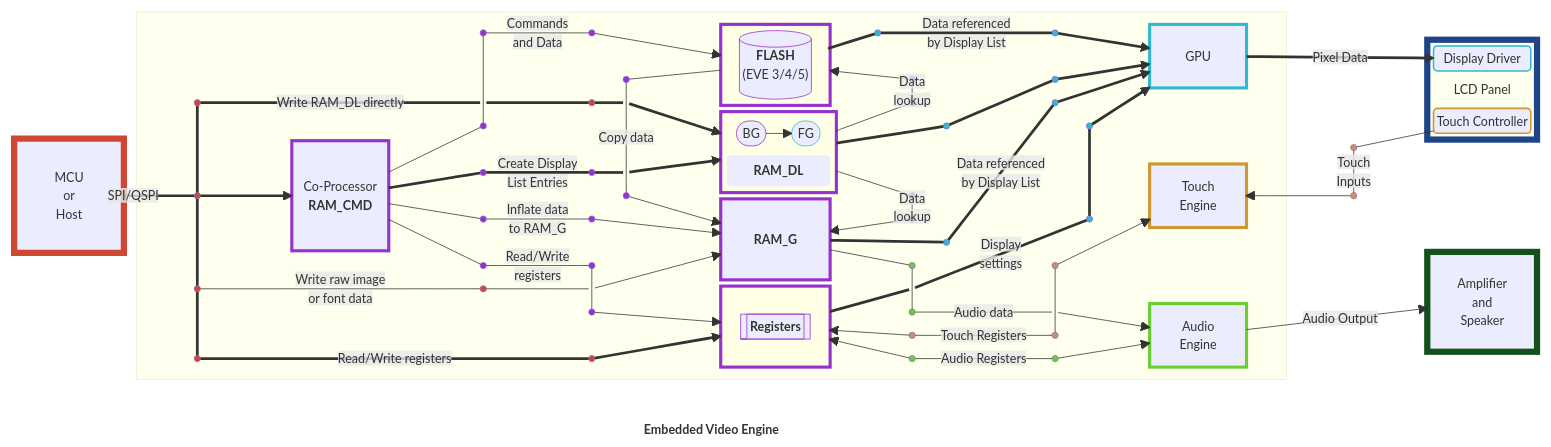
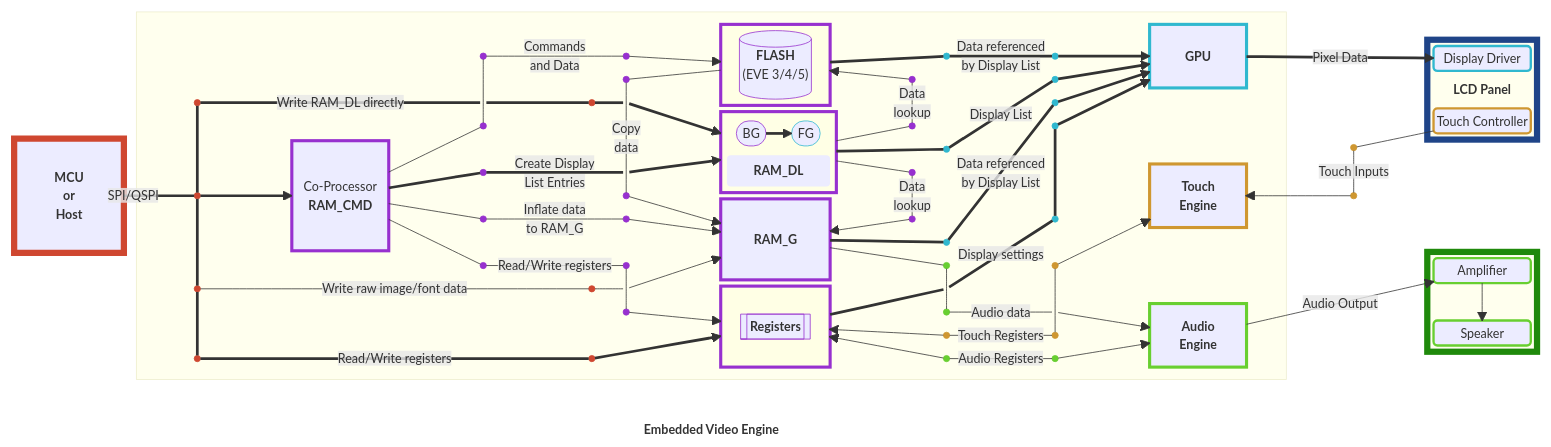
Before and after one commit to Bridgetek/Eve-MCU-Dev: diagram 13 of 14 in README.md, drawn with Mermaid.

Commit message:
update Data Paths Diagram

````diff
--- a/README.md
+++ b/README.md
@@ -867,7 +867,7 @@
     block:HOST_LAYER[" "]:1
         columns 1
         space
-        HOST["MCU<br>or<br>Host"]
+        HOST["<b>MCU<br>or<br>Host</b>"]
         space
     end
     block:EVE["<br><br><br><br><br><br><br><br><br><br><br><br><br><br><br><br><br><br><br><br><br><br><br><br><br><b>Embedded Video Engine "]:9
@@ -883,13 +883,13 @@
         end
         block:CONN2
             columns 1
-            X16((" ")) space:2 X19((" ")) X20((" ")) space X22((" ")) space X24((" ")) space X26((" ")) X27((" ")) space:3
+            space X17((" ")) space X19((" ")) X20((" ")) space X22((" ")) space X24((" ")) space X26((" ")) space:4
         end
         block:CONN3
             columns 3
-            X31((" ")) space:6 X38((" ")) space X40((" ")) X41((" ")) space:4
-            space:3 X49((" ")) X50((" ")) space:2 X53((" ")) space X55((" ")) space:5
-            X61((" ")) space:2 X64((" ")) space:2 X67((" ")) space:5 X73((" ")) space:2
+            space:4 X35((" ")) space:2 X38((" ")) space X40((" ")) X41((" ")) space:4
+            space:4 X50((" ")) space:2 X53((" ")) space:2 X56((" ")) space:4
+            space X62((" ")) space X64((" ")) X65((" ")) space:2 X68((" ")) space:4 X73((" ")) space:2
         end
         block:INTERNALS
             columns 1
@@ -902,33 +902,33 @@
                 BG(["BG"]):1
                 FG(["FG"]):1
                 dltitle("<b>RAM_DL</b>"):2
-                BG ---> FG
+                BG ===> FG
             end
             ram_g["<b>RAM_G</b>"]
             block:registers[" "]
             columns 1
-                reg[["<b>Registers"]]
+                reg[["<b>Registers</b>"]]
             end
         end
         block:CONN4
             columns 3
-            X76((" ")) space:6  X83((" ")) space:2 X86((" ")) space:3 X90((" "))
-            space:7 X98((" ")) space:2 X101((" ")) space:3 X105((" "))
-            space X107((" ")) space:2 X110((" ")) space:2 X113((" ")) space:2 X116((" ")) space:2 X119((" ")) space
+            space:5 X81((" ")) space X83((" ")) space:5 X89((" ")) space
+            space:2 X93((" ")) space X95((" ")) space:5 X101((" ")) space:3 X105((" "))
+            space:2 X108((" ")) space:2 X111((" ")) space:2 X114((" ")) space:2 X117((" ")) space:2 X120((" "))
         end
         block:CONN5
             columns 3
-            space X122((" ")) space:5  X128((" ")) space:2 X131((" ")) space:3 X135((" "))
-            space:11 X147((" ")) space:3
+            space:4 X125((" ")) space:2  X128((" ")) space:2 X131((" ")) space:2 X134((" ")) space
+            space:10 X146((" ")) space:4
             space X152((" ")) space:5 X158((" ")) space:2 X161((" "))space:2 X164((" ")) space
         end
         block:ENGINES
             columns 1
-            gpu["GPU"]
+            gpu["<b>GPU</b>"]
             space
-            touch["Touch<br>Engine"]
+            touch["<b>Touch<br>Engine</b>"]
             space
-            audio["Audio<br>Engine"]
+            audio["<b>Audio<br>Engine</b>"]
         end
     end
     block:CONN6:1
@@ -940,35 +940,39 @@
         block:LCDPANEL[" "]
             columns 1
             lcd("Display Driver")
-            lcdtitle ("LCD Panel")
+            lcdtitle("<b>LCD Panel</b>")
             touchout("Touch Controller")
         end
         space
-        SPEAKER["Amplifier<br>and<br>Speaker"]
+        block:AUDIOCOMPONENTS[" "]
+            columns 1
+            amp("Amplifier")
+            space 
+            speak("Speaker")
+        end
     end
 
 %% copro connections
 %% copro to flash
 coproc --- X20
-X20 --- X16
-X31 ---> flash
-X16-- "Commands<br>and Data" --- X31
+X20 --- X17
+X35 ---> flash
+X17-- "Commands<br>and Data" --- X35
 %% copro to ram_dl
 coproc === X22
 X50 ===> ram_dl
-X50 ===  X49
-X22 <== "Create Display<br>List Entries" === X49
+X22 <== "Create Display<br>List Entries" === X50
 
 %%copro to ram_g
 coproc --- X24
-X55 ---> ram_g
-X24 <-- "Inflate data<br>to RAM_G" --- X55
+X56 ---> ram_g
+X24 <-- "Inflate data<br>to RAM_G" --- X56
 
 %%copro to registers
 coproc --- X26
-X67 ---> registers
-X67 --- X61
-X26 <-- "Read/Write<br>registers" --- X61
+X68 ---> registers
+X68 --- X62
+X26 <-- "Read/Write registers" --- X62
 
 %% host connections
 %% host to COPRO/common
@@ -976,9 +980,9 @@
 X8 ===> coproc
 X8 === X12
 %%host to RAM_CMD
-X27 --- X64
-X64 ---> ram_g
-X12 <-- "Write raw image<br>or font data" --- X27
+X64 --- X65
+X65 ---> ram_g
+X12 <-- "Write raw image/font data" --- X64
 %% host to ram_dl
 X8 === X4
 X19 === X40
@@ -993,52 +997,52 @@
 %% engines connections
 
 %% flash
-%%flash top gpu
-X76 === flash
-X122 ===> gpu
-X76 <=="Data referenced<br>by Display List"=== X122
+%%flash to gpu
+X81 === flash
+X125 ===> gpu
+X81 <=="Data referenced<br>by Display List"=== X125
 %%ram_dl
-ram_dl --- X86
+ram_dl --- X89
 X83 ---> flash
-X86 --"Data<br>lookup"--- X83
+X89 --"Data<br>lookup"--- X83
 %%ram_dl to gpu
-ram_dl === X90
-X90 === X128
+ram_dl === X93
+X93 =="Display List"=== X128
 X128 ===> gpu
 %%ram_dl to ram_g
-ram_dl --- X98
+ram_dl --- X95
 X101 ---> ram_g
-X98 --"Data<br>lookup"--- X101
+X95 --"Data<br>lookup"--- X101
 
 %%ram_g connections
 ram_g === X105
 X105 <=="Data referenced<br>by Display List"===  X131
 X131 ===> gpu
 %%ram_g to audio
-ram_g --- X107
-X107--- X113
-X113 -- "Audio data"--- X158
+ram_g --- X108
+X108--- X114
+X114 -- "Audio data"--- X158
 X158 ---> audio
 
 %% regsiters 
 %% reg to touch
-registers <--- X116
+registers <--- X117
 X161 --- X152
 touch <--- X152
-X116 --"Touch Registers"--- X161
+X117 --"Touch Registers"--- X161
 %%reg to audio
-registers <--- X119
+registers <--- X120
 X164 ---> audio
-X119 --"Audio Registers"--- X164
+X120 --"Audio Registers"--- X164
 %%reg to gpu
-registers === X110
-X110 <=="Display<br>settings"=== X147
-X147 === X135
-X135 ===> gpu
+registers === X111
+X111 <=="Display settings"=== X146
+X146 === X134
+X134 ===> gpu
 
 %%flash to ram_g
 flash --- X38
-X38 --"Copy data"--- X53
+X38 --"Copy<br>data"--- X53
 X53 ---> ram_g
 
 %% output connections
@@ -1048,10 +1052,11 @@
 %% touch to LCD
 touch <--- X166
 X165 --- touchout 
-X166 --"Touch<br>Inputs"--- X165
+X166 --"Touch Inputs"--- X165
 
 %% audio to speaker
-audio --"Audio Output"--> SPEAKER
+audio --"Audio Output"--> amp
+amp ---> speak
 
 %% styling
 %% layers
@@ -1072,15 +1077,17 @@
 style LCDPANEL stroke:#1f4488,stroke-width:8px
 style gpu stroke:#30b8cf,stroke-width:4px
 style touch stroke:#cf9730,stroke-width:4px
-style SPEAKER stroke:#13501c,stroke-width:8px
+style AUDIOCOMPONENTS stroke:#1f890b,stroke-width:8px
 style audio stroke:#68cf30,stroke-width:4px
+style amp stroke:#68cf30,stroke-width:3px
+style speak stroke:#68cf30,stroke-width:3px
 style coproc stroke:#9730cf,stroke-width:4px
 style flash stroke:#9730cf,stroke-width:4px
 style ram_dl stroke:#9730cf,stroke-width:4px
 style ram_g stroke:#9730cf,stroke-width:4px
 style registers stroke:#9730cf,stroke-width:4px
-style touchout stroke:#cf9730,stroke-width:2px
-style lcd stroke:#30b8cf,stroke-width:2px
+style touchout stroke:#cf9730,stroke-width:3px
+style lcd stroke:#30b8cf,stroke-width:3px
 style lcdtitle fill:none, stroke:none
 style dltitle stroke:none
 style BG stroke:#9730cf,stroke-width:1px
@@ -1089,53 +1096,52 @@
 style reg stroke:#9730cf,stroke-width:1px
 
 %%connections
-style X4 fill:#cf4730
-style X8 fill:#cf4730
-style X12 fill:#cf4730
-style X15 fill:#cf4730
-style X16 fill:#9730cf
-style X20 fill:#9730cf
-style X22 fill:#9730cf
-style X24 fill:#9730cf
-style X26 fill:#9730cf
-style X27 fill:#cf4730
-style X31 fill:#9730cf
-style X38 fill:#9730cf
-style X40 fill:#cf4730
-style X49 fill:#9730cf
-style X53 fill:#9730cf
-style X55 fill:#9730cf
-style X61 fill:#9730cf
-style X67 fill:#9730cf
-style X73 fill:#cf4730
-style X76 fill:#30b8cf
-style X83 fill:#9730cf
-style X86 fill:#9730cf
-style X90 fill:#30b8cf
-style X98 fill:#9730cf
-style X101 fill:#9730cf
-style X105 fill:#30b8cf
-style X107 fill:#68cf30
-style X113 fill:#68cf30
-style X116 fill:#cf9730
-style X119 fill:#68cf30
-style X122 fill:#30b8cf
-style X128 fill:#30b8cf
-style X131 fill:#30b8cf
-style X135 fill:#30b8cf
-style X147 fill:#30b8cf
-style X152 fill:#cf9730
-style X161 fill:#cf9730
-style X164 fill:#68cf30
-style X165 fill:#cf9730
-style X166 fill:#cf9730
+style X4 fill:#cf4730,stroke:#cf4730
+style X8 fill:#cf4730,stroke:#cf4730
+style X12 fill:#cf4730,stroke:#cf4730
+style X15 fill:#cf4730,stroke:#cf4730
+style X17 fill:#9730cf,stroke:#9730cf
+style X20 fill:#9730cf,stroke:#9730cf
+style X22 fill:#9730cf,stroke:#9730cf
+style X24 fill:#9730cf,stroke:#9730cf
+style X26 fill:#9730cf,stroke:#9730cf
+style X35 fill:#9730cf,stroke:#9730cf
+style X38 fill:#9730cf,stroke:#9730cf
+style X40 fill:#cf4730,stroke:#cf4730
+style X53 fill:#9730cf,stroke:#9730cf
+style X56 fill:#9730cf,stroke:#9730cf
+style X62 fill:#9730cf,stroke:#9730cf
+style X64 fill:#cf4730,stroke:#cf4730
+style X68 fill:#9730cf,stroke:#9730cf
+style X73 fill:#cf4730,stroke:#cf4730
+style X81 fill:#30b8cf,stroke:#30b8cf
+style X83 fill:#9730cf,stroke:#9730cf
+style X89 fill:#9730cf,stroke:#9730cf
+style X93 fill:#30b8cf,stroke:#30b8cf
+style X95 fill:#9730cf,stroke:#9730cf
+style X101 fill:#9730cf,stroke:#9730cf
+style X105 fill:#30b8cf,stroke:#30b8cf
+style X108 fill:#68cf30,stroke:#68cf30
+style X114 fill:#68cf30,stroke:#68cf30
+style X117 fill:#cf9730,stroke:#cf9730
+style X120 fill:#68cf30,stroke:#68cf30
+style X125 fill:#30b8cf,stroke:#30b8cf
+style X128 fill:#30b8cf,stroke:#30b8cf
+style X131 fill:#30b8cf,stroke:#30b8cf
+style X134 fill:#30b8cf,stroke:#30b8cf
+style X146 fill:#30b8cf,stroke:#30b8cf
+style X152 fill:#cf9730,stroke:#cf9730
+style X161 fill:#cf9730,stroke:#cf9730
+style X164 fill:#68cf30,stroke:#68cf30
+style X165 fill:#cf9730,stroke:#cf9730
+style X166 fill:#cf9730,stroke:#cf9730
 
 %% blank connections
 style X19 fill:none,stroke:none
 style X41 fill:none,stroke:none
 style X50 fill:none,stroke:none
-style X64 fill:none,stroke:none
-style X110 fill:none,stroke:none
+style X65 fill:none,stroke:none
+style X111 fill:none,stroke:none
 style X158 fill:none,stroke:none
 
 ```
````
